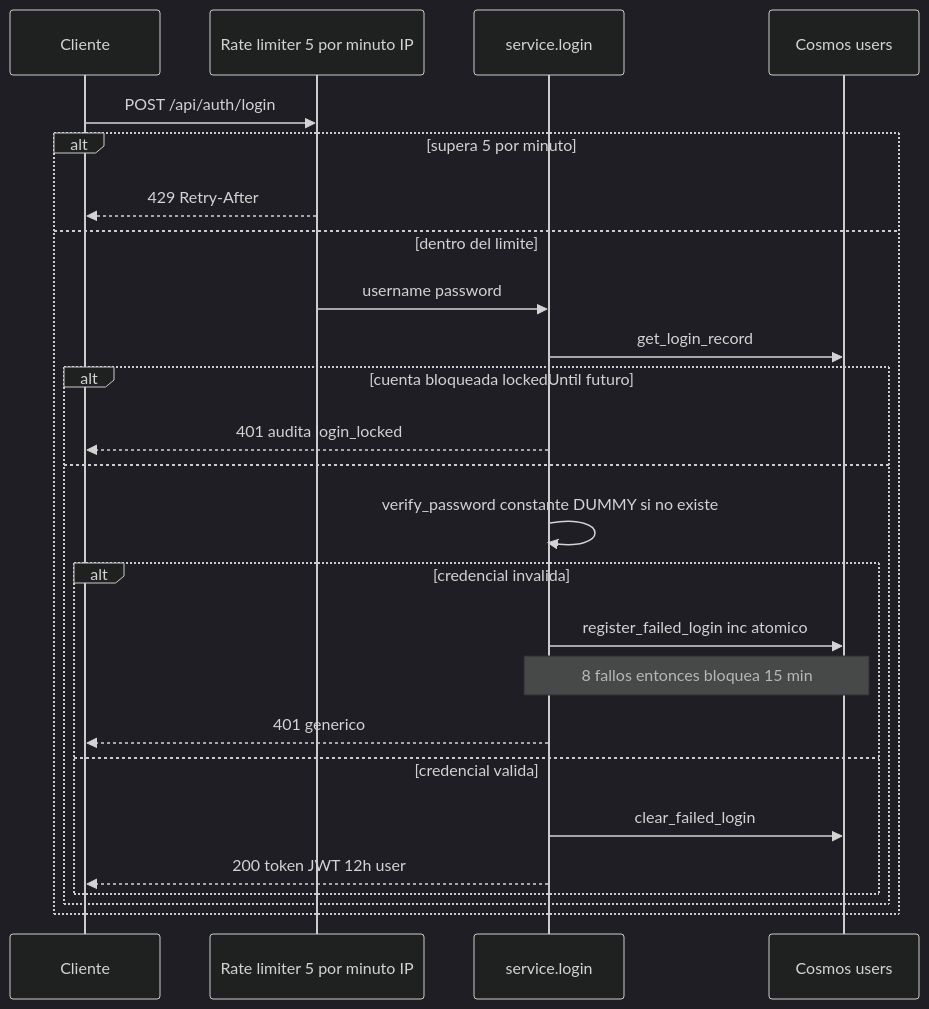
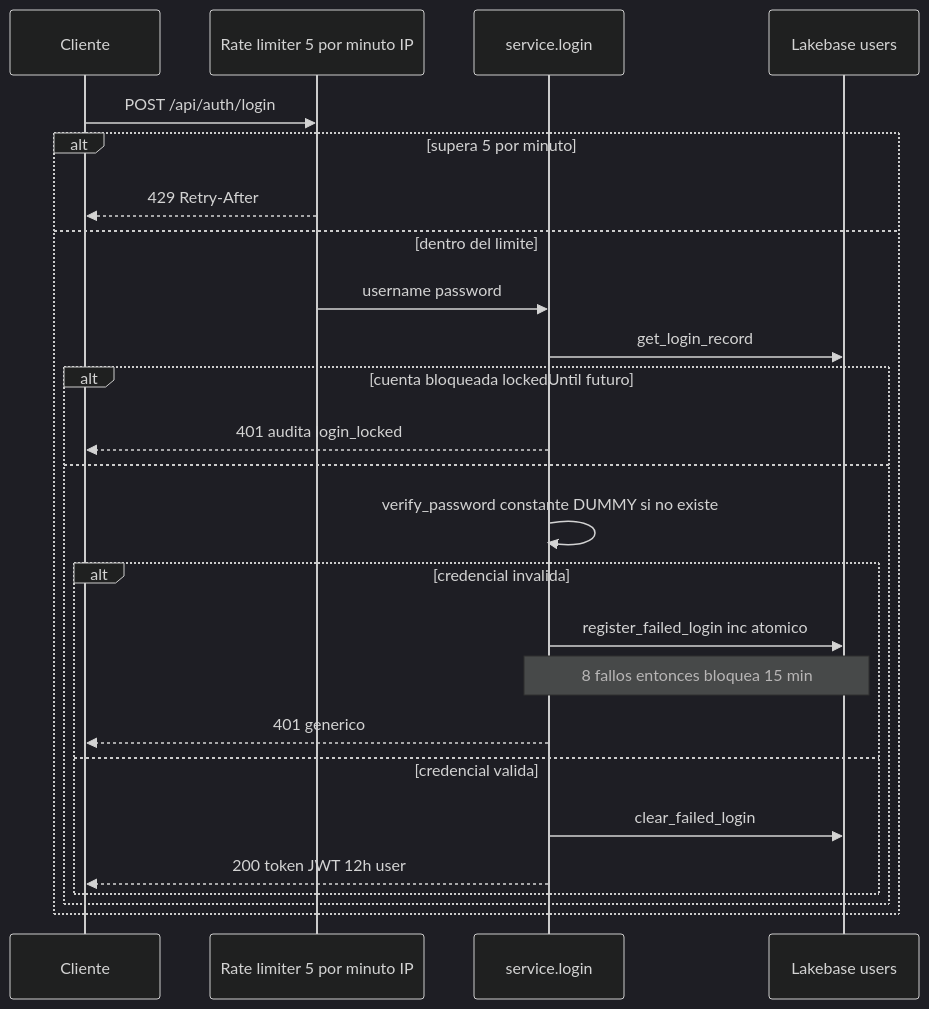
Before and after one commit to Carlosmps97/backend-data-model-hub: the second of 4 diagrams in doc/consideraciones-y-limites.md, drawn with Mermaid (dark theme). The commit also changed other lines of this file and 20 other files, not shown here.

````diff
--- a/doc/consideraciones-y-limites.md
+++ b/doc/consideraciones-y-limites.md
@@ -370,27 +355,27 @@
 ```mermaid
 sequenceDiagram
     participant C as Cliente
     participant RL as Rate limiter 5 por minuto IP
     participant S as service.login
-    participant DB as Cosmos users
+    participant DB as Lakebase users
     C->>RL: POST /api/auth/login
     alt supera 5 por minuto
         RL-->>C: 429 Retry-After
     else dentro del limite
         RL->>S: username password
         S->>DB: get_login_record
         alt cuenta bloqueada lockedUntil futuro
             S-->>C: 401 audita login_locked
         else
             S->>S: verify_password constante DUMMY si no existe
             alt credencial invalida
                 S->>DB: register_failed_login inc atomico
                 Note over S,DB: 8 fallos entonces bloquea 15 min
                 S-->>C: 401 generico
             else credencial valida
                 S->>DB: clear_failed_login
                 S-->>C: 200 token JWT 12h user
             end
         end
     end
 ```
````
